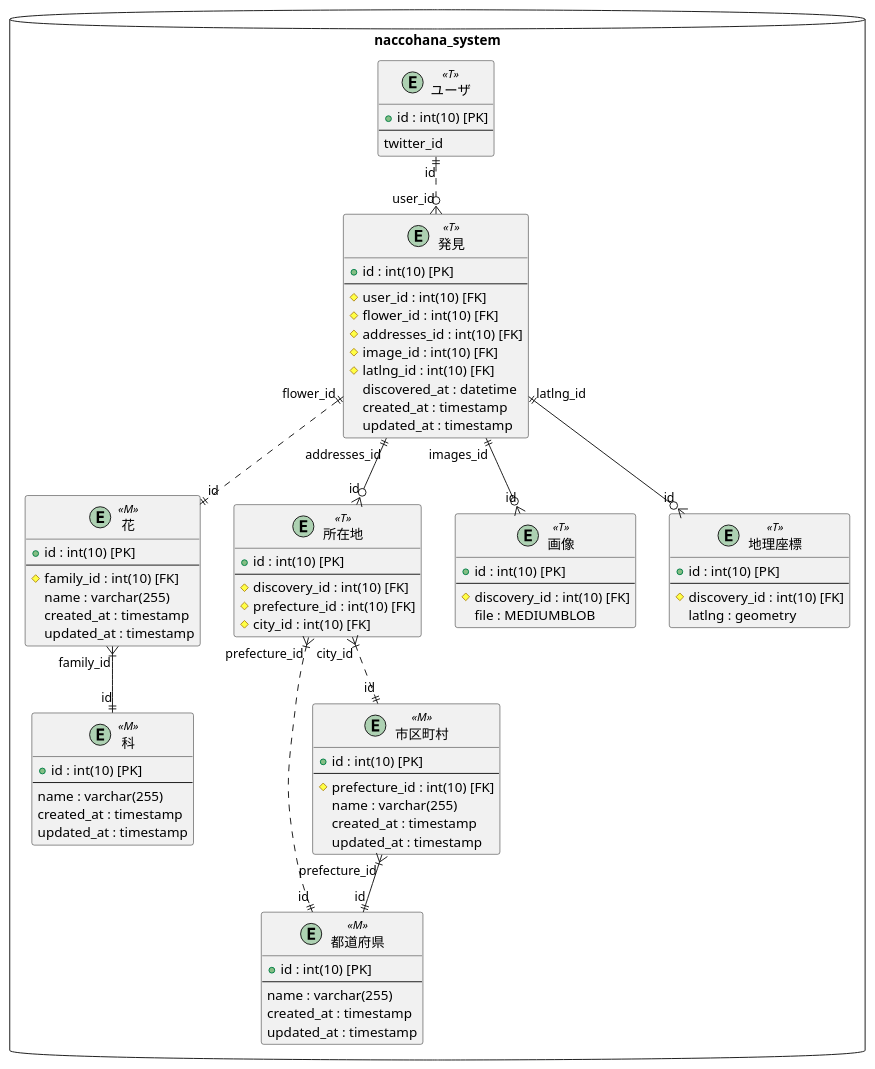
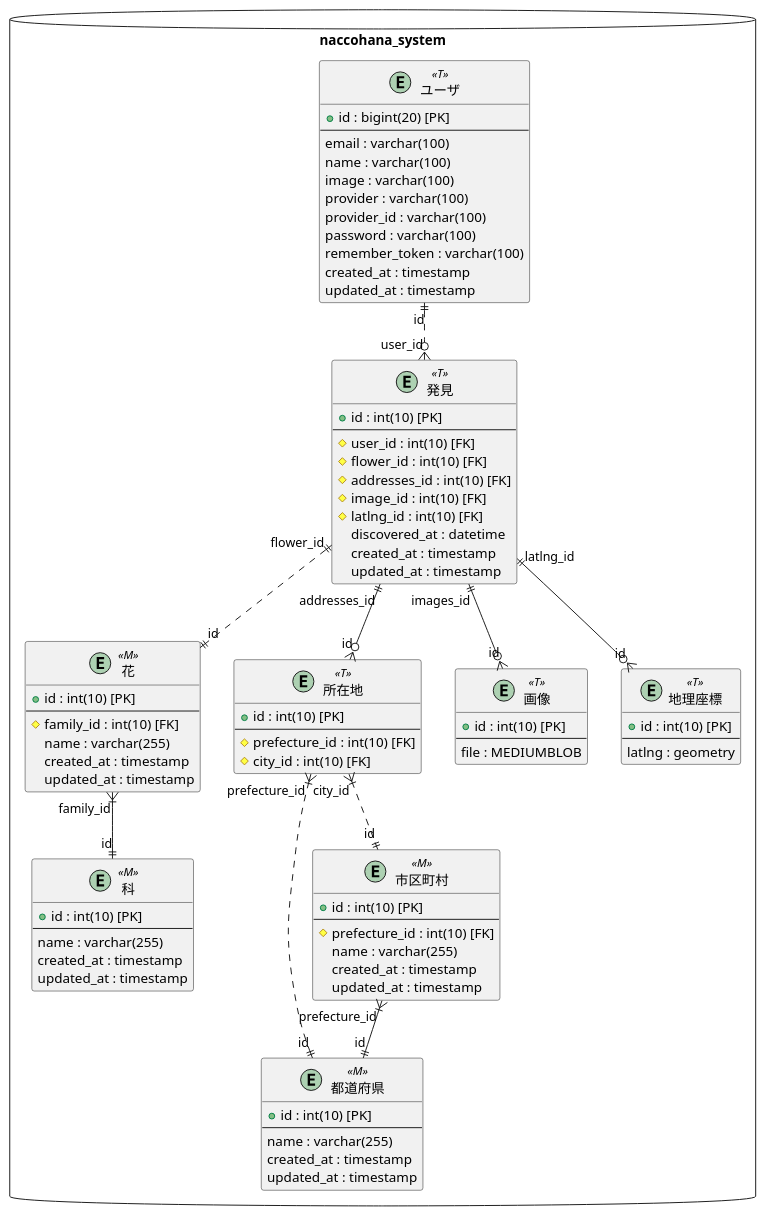
One commit to nacco-bron/naccohana changed the diagram in docs/er.pu. Above: the diagram before and after it, drawn with PlantUML.

Commit message:
ER図変更

```diff
--- a/docs/er.pu
+++ b/docs/er.pu
@@ -1,102 +1,107 @@
 @startuml
 
 package "naccohana_system" <<Database>> {
 
     entity flowers as "花" <<M>>  {
         + id : int(10) [PK]
         --
         # family_id : int(10) [FK]
         name : varchar(255)
         created_at : timestamp
         updated_at : timestamp
     }
 
     entity families as "科" <<M>>  {
         + id : int(10) [PK]
         --
         name : varchar(255)
         created_at : timestamp
         updated_at : timestamp
     }
 
     entity prefectures as "都道府県" <<M>>  {
         + id : int(10) [PK]
         --
         name : varchar(255)
         created_at : timestamp
         updated_at : timestamp
     }
 
     entity cities as "市区町村" <<M>>  {
         + id : int(10) [PK]
         --
         # prefecture_id : int(10) [FK]
         name : varchar(255)
         created_at : timestamp
         updated_at : timestamp
     }
 
     entity discoveries as "発見" <<T>>  {
         + id : int(10) [PK]
         --
         # user_id : int(10) [FK]
         # flower_id : int(10) [FK]
         # addresses_id : int(10) [FK]
         # image_id : int(10) [FK]
         # latlng_id : int(10) [FK]
         discovered_at : datetime
         created_at : timestamp
         updated_at : timestamp
     }
 
     entity addresses as "所在地" <<T>>  {
         + id : int(10) [PK]
         --
-        # discovery_id : int(10) [FK]
         # prefecture_id : int(10) [FK]
         # city_id : int(10) [FK]
     }
 
     entity images as "画像" <<T>>  {
         + id : int(10) [PK]
         --
-        # discovery_id : int(10) [FK]
         file : MEDIUMBLOB
     }
 
-    entity latlng as "地理座標" <<T>>  {
+    entity latlngs as "地理座標" <<T>>  {
         + id : int(10) [PK]
         --
-        # discovery_id : int(10) [FK]
         latlng : geometry
     }
 
     entity users as "ユーザ" <<T>>  {
-        + id : int(10) [PK]
+        + id : bigint(20) [PK]
         --
-        twitter_id
+        email : varchar(100)
+        name : varchar(100)
+        image : varchar(100)
+        provider : varchar(100)
+        provider_id : varchar(100)
+        password : varchar(100)
+        remember_token : varchar(100)
+        created_at : timestamp
+        updated_at : timestamp
     }
 
 flowers "family_id" }|--|| "id" families
 addresses "city_id" }|..|| "id" cities
 cities "prefecture_id" }|--|| "id" prefectures
 addresses "prefecture_id" }|..|| "id" prefectures
 
 discoveries "images_id" ||--o{ "id" images
 discoveries "addresses_id" ||--o{ "id" addresses
-discoveries "latlng_id" ||--o{ "id" latlng
+discoveries "latlng_id" ||--o{ "id" latlngs
 discoveries "flower_id" ||..|| "id" flowers
 
 users "id"  ||..o{ "user_id" discoveries
 
 
 
 }
 
 
 
 
 
 
 
 @enduml
```
